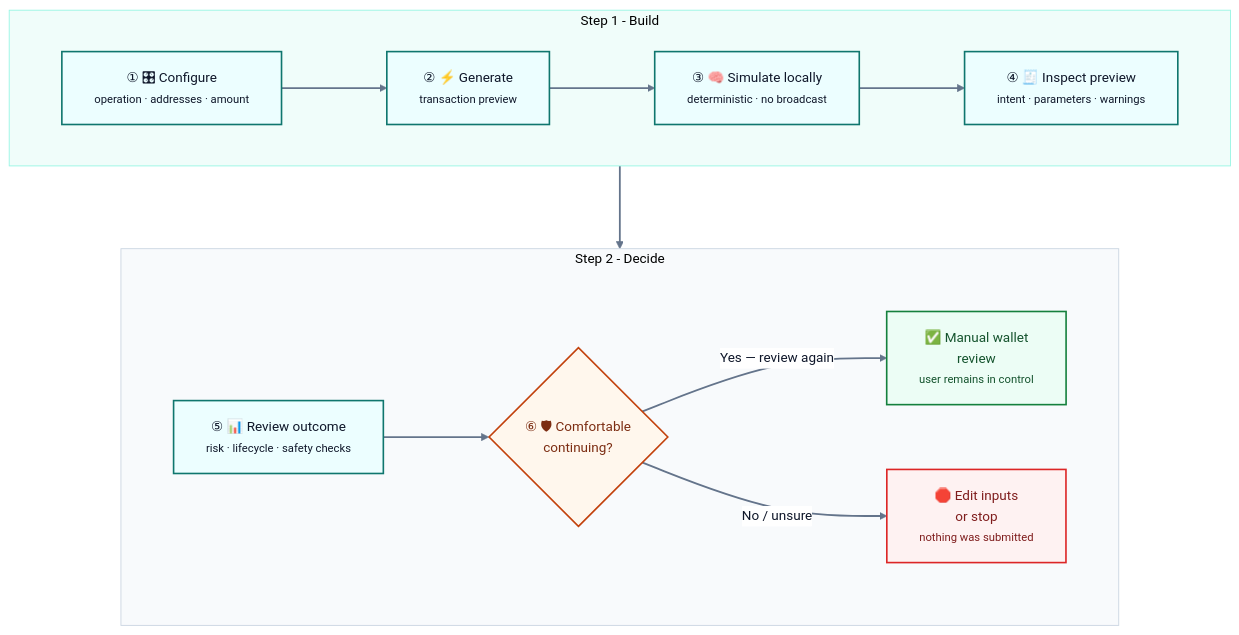
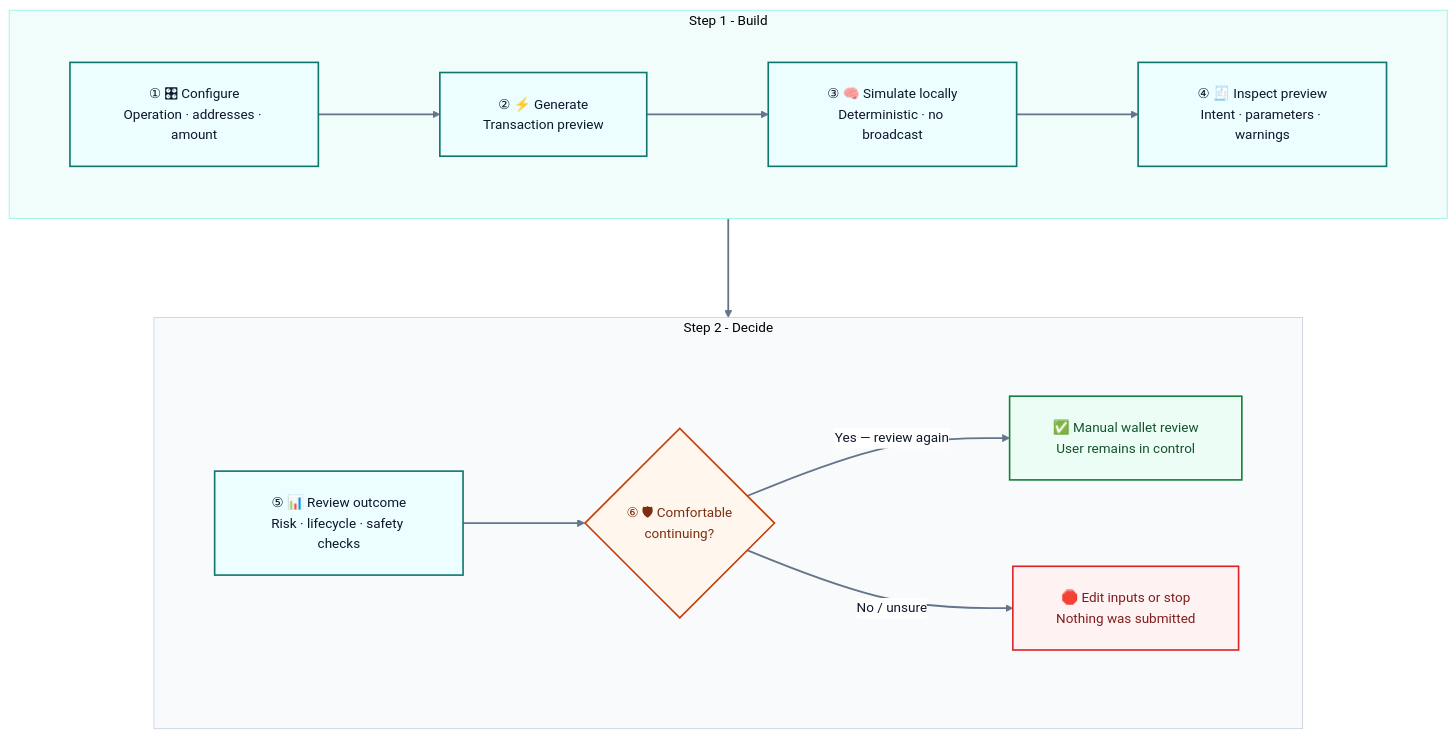
One commit to sunshineluyao/Moss-Mcp-Transaction changed the first of 8 diagrams in README.md. Above: the diagram before and after it, drawn with Mermaid. The commit also changed other lines of this file, not shown here.

Commit message:
Fix README visual flow diagram labels

````diff
--- a/README.md
+++ b/README.md
@@ -153,32 +153,32 @@
 ```mermaid
-%%{init: {'theme':'base','flowchart': {'htmlLabels': true, 'nodeSpacing': 72, 'rankSpacing': 92, 'curve': 'basis', 'padding': 18},'themeVariables': {'fontFamily':'Inter, Segoe UI, sans-serif','fontSize':'15px','primaryTextColor':'#0f172a','lineColor':'#64748b','clusterBkg':'#f8fafc','clusterBorder':'#cbd5e1','edgeLabelBackground':'#ffffff','primaryBorderColor':'#2563eb','primaryColor':'#eff6ff'}}}%%
+%%{init: {'theme':'base','flowchart': {'htmlLabels': true, 'nodeSpacing': 96, 'rankSpacing': 110, 'curve': 'basis', 'padding': 24, 'wrappingWidth': 180},'themeVariables': {'fontFamily':'Inter, Segoe UI, sans-serif','fontSize':'15px','primaryTextColor':'#0f172a','lineColor':'#64748b','clusterBkg':'#f8fafc','clusterBorder':'#cbd5e1','edgeLabelBackground':'#ffffff','primaryBorderColor':'#2563eb','primaryColor':'#eff6ff'}}}%%
 flowchart TB
   subgraph R1[Step 1 - Build]
     direction LR
-    A["① 🎛 Configure<br/><small>operation · addresses · amount</small>"] --> B["② ⚡ Generate<br/><small>transaction preview</small>"]
-    B --> C["③ 🧠 Simulate locally<br/><small>deterministic · no broadcast</small>"]
-    C --> D["④ 🧾 Inspect preview<br/><small>intent · parameters · warnings</small>"]
+    A["① 🎛 Configure<br/>Operation · addresses · amount"] --> B["② ⚡ Generate<br/>Transaction preview"]
+    B --> C["③ 🧠 Simulate locally<br/>Deterministic · no broadcast"]
+    C --> D["④ 🧾 Inspect preview<br/>Intent · parameters · warnings"]
   end
 
   subgraph R2[Step 2 - Decide]
     direction LR
-    E["⑤ 📊 Review outcome<br/><small>risk · lifecycle · safety checks</small>"] --> F{"⑥ 🛡 Comfortable<br/>continuing?"}
-    F -->|Yes — review again| G["✅ Manual wallet<br/>review<br/><small>user remains in control</small>"]
-    F -->|No / unsure| H["🛑 Edit inputs<br/>or stop<br/><small>nothing was submitted</small>"]
+    E["⑤ 📊 Review outcome<br/>Risk · lifecycle · safety checks"] --> F{"⑥ 🛡 Comfortable<br/>continuing?"}
+    F -->|Yes — review again| G["✅ Manual wallet review<br/>User remains in control"]
+    F -->|No / unsure| H["🛑 Edit inputs or stop<br/>Nothing was submitted"]
   end
 
   D --> E
 
   classDef main fill:#ecfeff,stroke:#0f766e,stroke-width:1.8px,color:#0f172a;
   classDef decision fill:#fff7ed,stroke:#c2410c,stroke-width:1.8px,color:#7c2d12;
   classDef success fill:#ecfdf5,stroke:#15803d,stroke-width:1.8px,color:#14532d;
   classDef stop fill:#fef2f2,stroke:#dc2626,stroke-width:1.8px,color:#7f1d1d;
 
   class A,B,C,D,E main;
   class F decision;
   class G success;
   class H stop;
   style R1 fill:#f0fdfa,stroke:#99f6e4,stroke-width:1px
   style R2 fill:#f8fafc,stroke:#cbd5e1,stroke-width:1px
   linkStyle default stroke:#64748b,stroke-width:2px;
 ```
````
